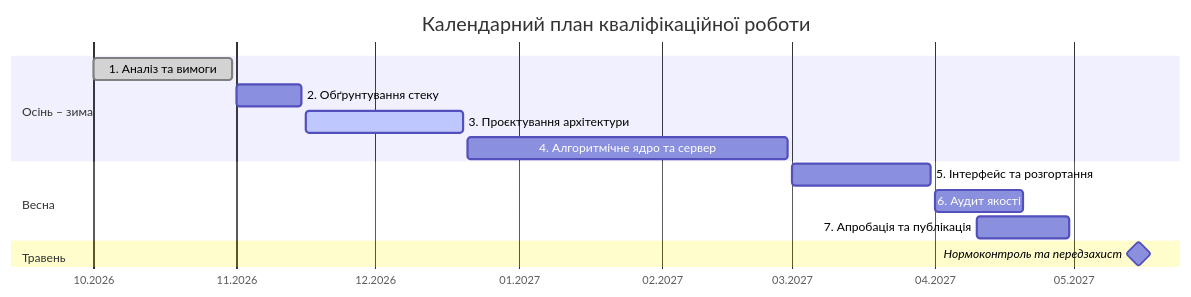
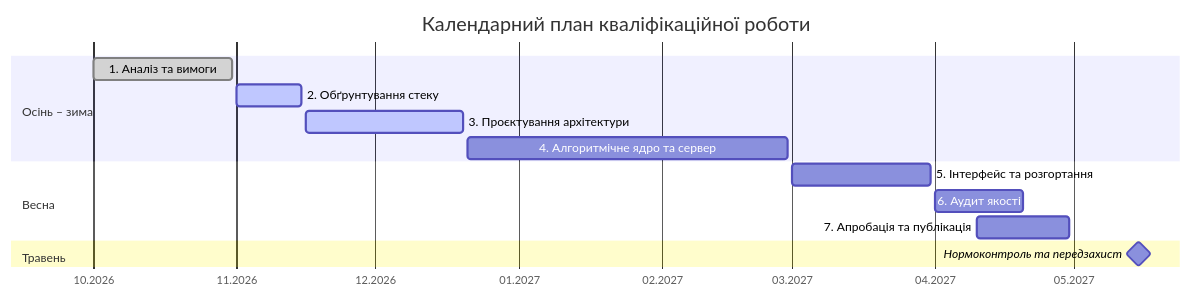
One commit to MarcoGr11/Recall changed the diagram in docs/16-Календарний план.md. Above: the diagram before and after it, drawn with Mermaid. The commit also changed other lines of this file and 1 other file, not shown here.

Commit message:
docs: mark stack justification stage as in progress

````diff
--- a/docs/16-Календарний план.md
+++ b/docs/16-Календарний план.md
@@ -15,17 +15,17 @@
 ```mermaid
 gantt
     title Календарний план кваліфікаційної роботи
     dateFormat YYYY-MM-DD
     axisFormat %m.%Y
     section Осінь – зима
     1. Аналіз та вимоги              :done, s1, 2026-10-01, 2026-10-31
-    2. Обґрунтування стеку           :s2, 2026-11-01, 2026-11-15
+    2. Обґрунтування стеку           :active, s2, 2026-11-01, 2026-11-15
     3. Проєктування архітектури      :active, s3, 2026-11-16, 2026-12-20
     4. Алгоритмічне ядро та сервер   :s4, 2026-12-21, 2027-02-28
     section Весна
     5. Інтерфейс та розгортання      :s5, 2027-03-01, 2027-03-31
     6. Аудит якості                  :s6, 2027-04-01, 2027-04-20
     7. Апробація та публікація       :s7, 2027-04-10, 2027-04-30
     section Травень
     Нормоконтроль та передзахист     :milestone, 2027-05-15, 0d
 ```
````
